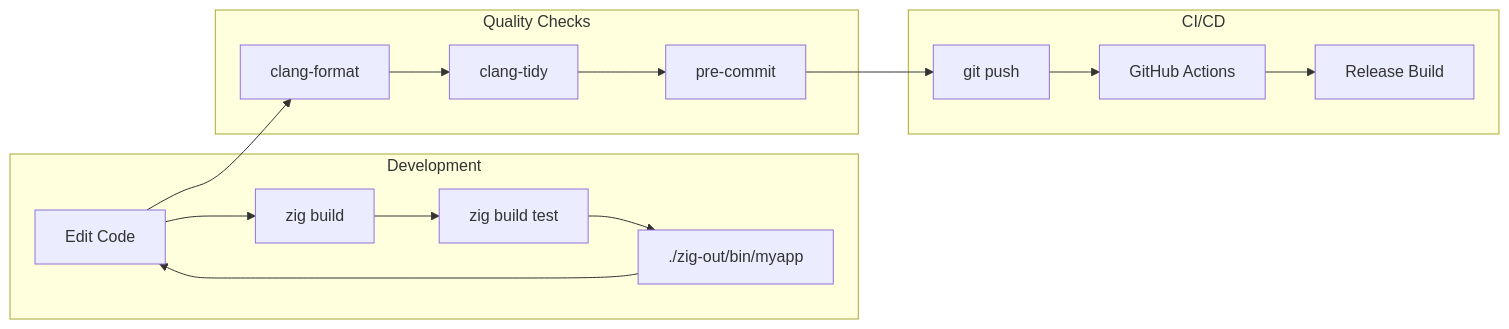
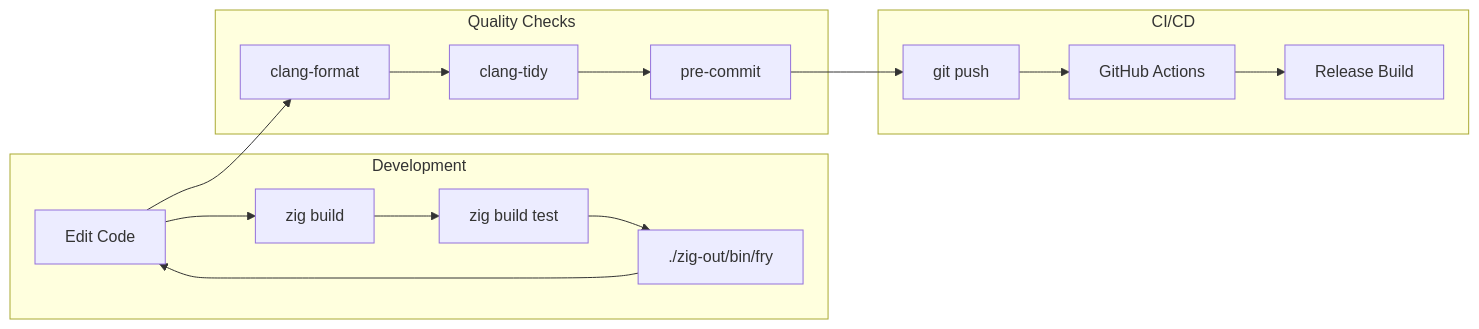
One commit to sammyjoyce/fry changed the seventh of 7 diagrams in docs/ARCHITECTURE.md. Above: the diagram before and after it, drawn with Mermaid. The commit also changed other lines of this file and 29 other files, not shown here.

````diff
--- a/docs/ARCHITECTURE.md
+++ b/docs/ARCHITECTURE.md
@@ -296,34 +296,34 @@
 ```mermaid
 graph LR
     subgraph "Development"
         EDIT[Edit Code]
         BUILD[zig build]
         TEST[zig build test]
-        RUN[./zig-out/bin/myapp]
+        RUN[./zig-out/bin/fry]
     end
     
     subgraph "Quality Checks"
         FORMAT[clang-format]
         LINT[clang-tidy]
         PRECOMMIT[pre-commit]
     end
     
     subgraph "CI/CD"
         PUSH[git push]
         CI[GitHub Actions]
         RELEASE[Release Build]
     end
     
     EDIT --> BUILD
     BUILD --> TEST
     TEST --> RUN
     RUN --> EDIT
     
     EDIT --> FORMAT
     FORMAT --> LINT
     LINT --> PRECOMMIT
     PRECOMMIT --> PUSH
     
     PUSH --> CI
     CI --> RELEASE
 ```
````
